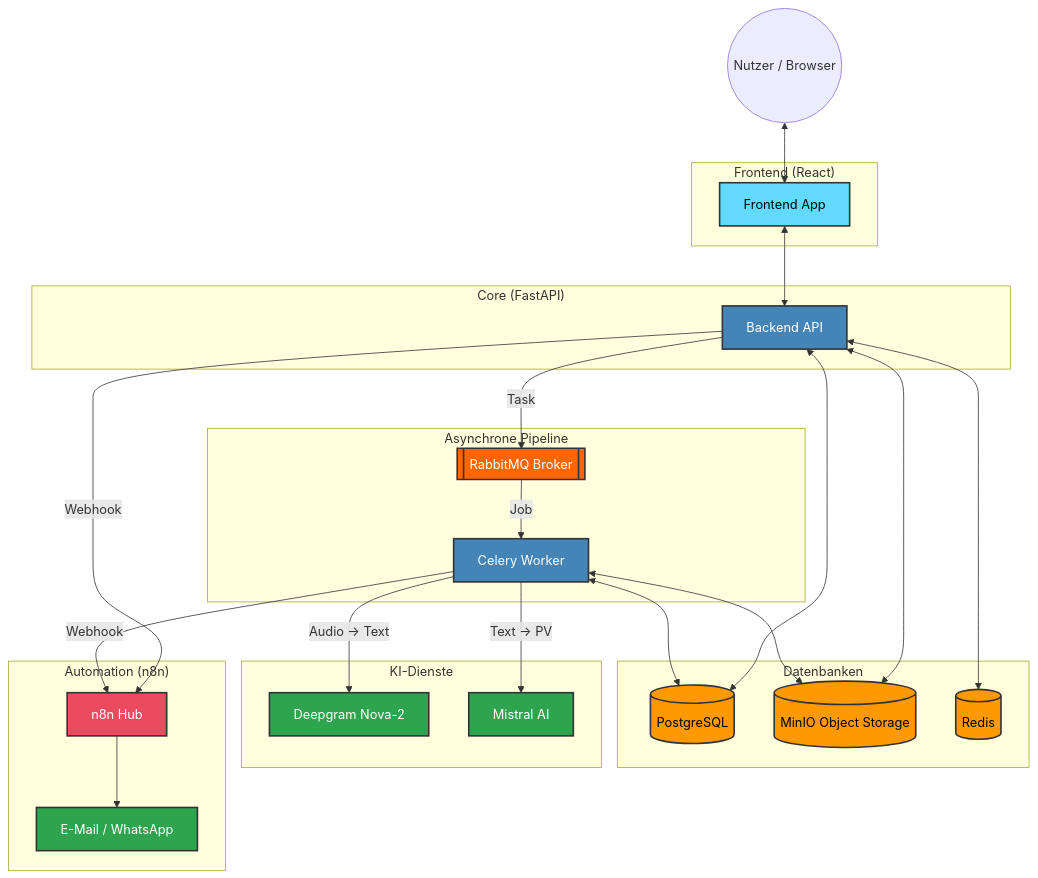
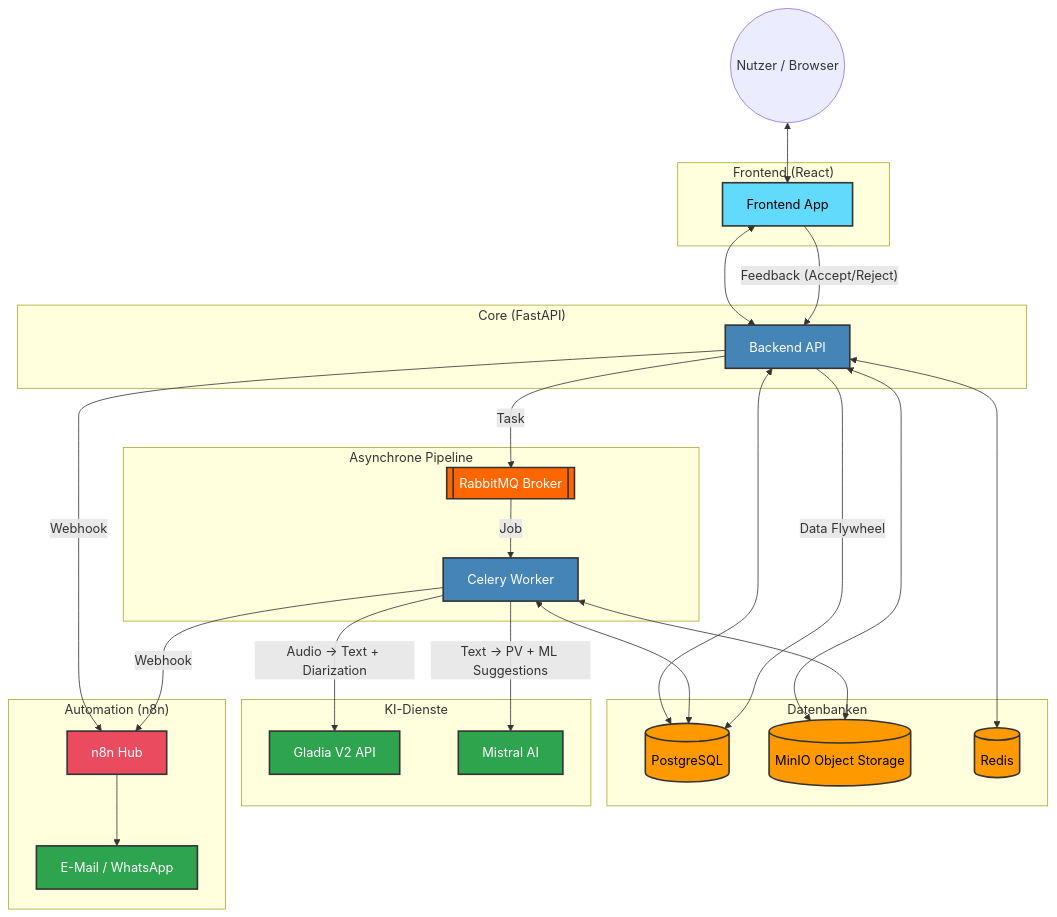
One commit to abatn/meeting-automation changed the diagram in docs/ARCHITECTURE_DIAGRAM.md. Above: the diagram before and after it, drawn with Mermaid. The commit also changed other lines of this file and 2 other files, not shown here.

Commit message:
docs: update system architecture and schema to include ML feedback loop

````diff
--- a/docs/ARCHITECTURE_DIAGRAM.md
+++ b/docs/ARCHITECTURE_DIAGRAM.md
@@ -5,63 +5,65 @@
 ```mermaid
 graph TD
     %% Definition der Stile
     classDef frontend fill:#61dafb,stroke:#333,stroke-width:2px,color:#000
     classDef backend fill:#4584b6,stroke:#333,stroke-width:2px,color:#fff
     classDef storage fill:#ff9900,stroke:#333,stroke-width:2px,color:#000
     classDef queue fill:#ff6600,stroke:#333,stroke-width:2px,color:#fff
     classDef external fill:#2ea44f,stroke:#333,stroke-width:2px,color:#fff
     classDef n8n fill:#ea4b5e,stroke:#333,stroke-width:2px,color:#fff
 
     %% Komponenten
     User((Nutzer / Browser))
     
     subgraph "Frontend (React)"
         UI[Frontend App]:::frontend
     end
 
     subgraph "Core (FastAPI)"
         API[Backend API]:::backend
     end
 
     subgraph "Datenbanken"
         DB[(PostgreSQL)]:::storage
         S3[(MinIO Object Storage)]:::storage
         Cache[(Redis)]:::storage
     end
 
     subgraph "Asynchrone Pipeline"
         Broker[[RabbitMQ Broker]]:::queue
         Worker[Celery Worker]:::backend
     end
 
     subgraph "KI-Dienste"
-        Deepgram[Deepgram Nova-2]:::external
+        Gladia[Gladia V2 API]:::external
         Mistral[Mistral AI]:::external
     end
 
     subgraph "Automation (n8n)"
         N8N[n8n Hub]:::n8n
         Email[E-Mail / WhatsApp]:::external
     end
 
     %% Verbindungen
     User <--> UI
     UI <--> API
     
     API <--> DB
     API <--> S3
     API <--> Cache
     
     API -- "Task" --> Broker
     Broker -- "Job" --> Worker
     
     Worker <--> S3
     Worker <--> DB
     
-    Worker -- "Audio -> Text" --> Deepgram
-    Worker -- "Text -> PV" --> Mistral
+    Worker -- "Audio -> Text + Diarization" --> Gladia
+    Worker -- "Text -> PV + ML Suggestions" --> Mistral
+    UI -- "Feedback (Accept/Reject)" --> API
+    API -- "Data Flywheel" --> DB
     
     API -- "Webhook" --> N8N
     Worker -- "Webhook" --> N8N
     N8N --> Email
 ```
````
